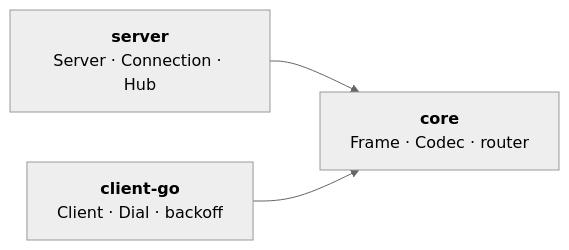
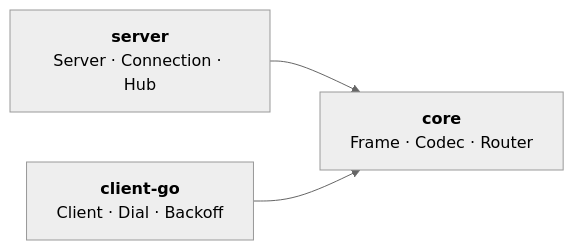
One commit to wspulse/.github changed the diagram in profile/README.md. Above: the diagram before and after it, drawn with Mermaid (neutral theme).

Commit message:
fix: correct capitalization in README mermaid diagram

````diff
--- a/profile/README.md
+++ b/profile/README.md
@@ -7,8 +7,8 @@
 ```mermaid
 graph LR
-    core["<b>core</b><br/>Frame · Codec · router"]
+    core["<b>core</b><br/>Frame · Codec · Router"]
     server["<b>server</b><br/>Server · Connection · Hub"]
-    client-go["<b>client-go</b><br/>Client · Dial · backoff"]
+    client-go["<b>client-go</b><br/>Client · Dial · Backoff"]
     server --> core
     client-go --> core
 ```
````
